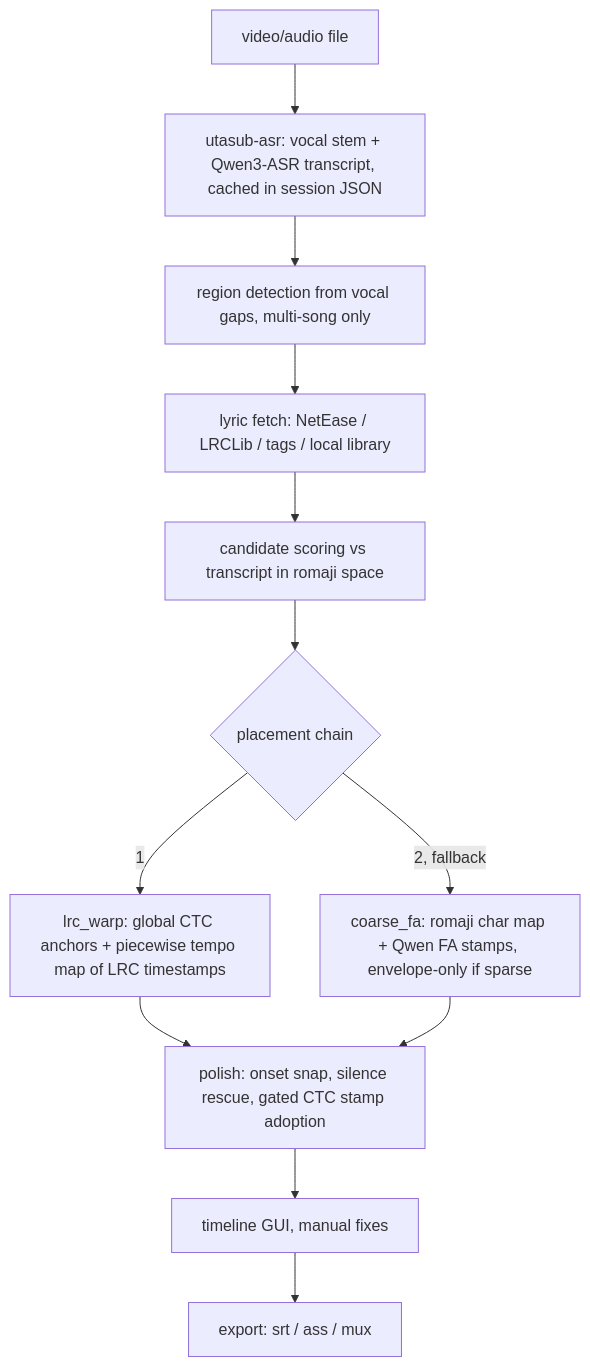
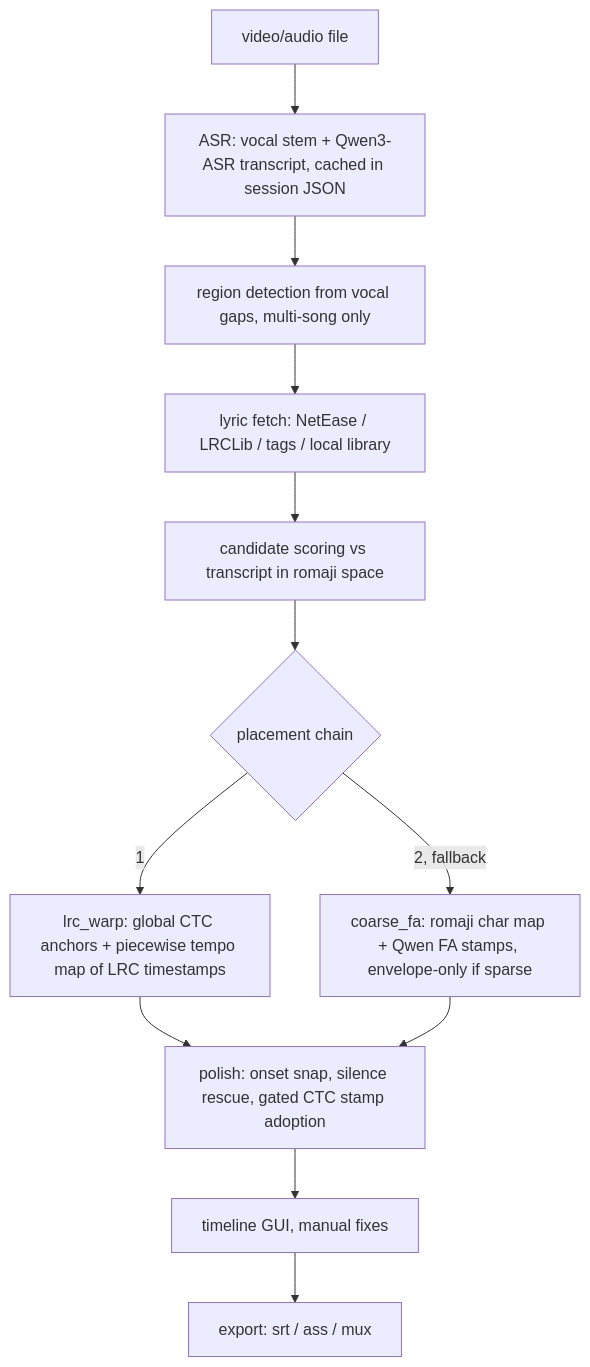
The diagram in README.md (nnyj/utasub), drawn with Mermaid before and after one commit. The commit also changed other lines of this file and 1 other file, not shown here.

Commit message:
readme flow and packaging

````diff
--- a/README.md
+++ b/README.md
@@ -66,14 +88,14 @@
 ```mermaid
 flowchart TD
-  A[video/audio file] --> B[utasub-asr: vocal stem + Qwen3-ASR transcript, cached in session JSON]
+  A[video/audio file] --> B[ASR: vocal stem + Qwen3-ASR transcript, cached in session JSON]
   B --> C[region detection from vocal gaps, multi-song only]
   C --> D[lyric fetch: NetEase / LRCLib / tags / local library]
   D --> E[candidate scoring vs transcript in romaji space]
   E --> F{placement chain}
   F -->|1| G[lrc_warp: global CTC anchors + piecewise tempo map of LRC timestamps]
   F -->|2, fallback| H[coarse_fa: romaji char map + Qwen FA stamps, envelope-only if sparse]
   G --> I[polish: onset snap, silence rescue, gated CTC stamp adoption]
   H --> I
   I --> J[timeline GUI, manual fixes]
   J --> K[export: srt / ass / mux]
 ```
````
